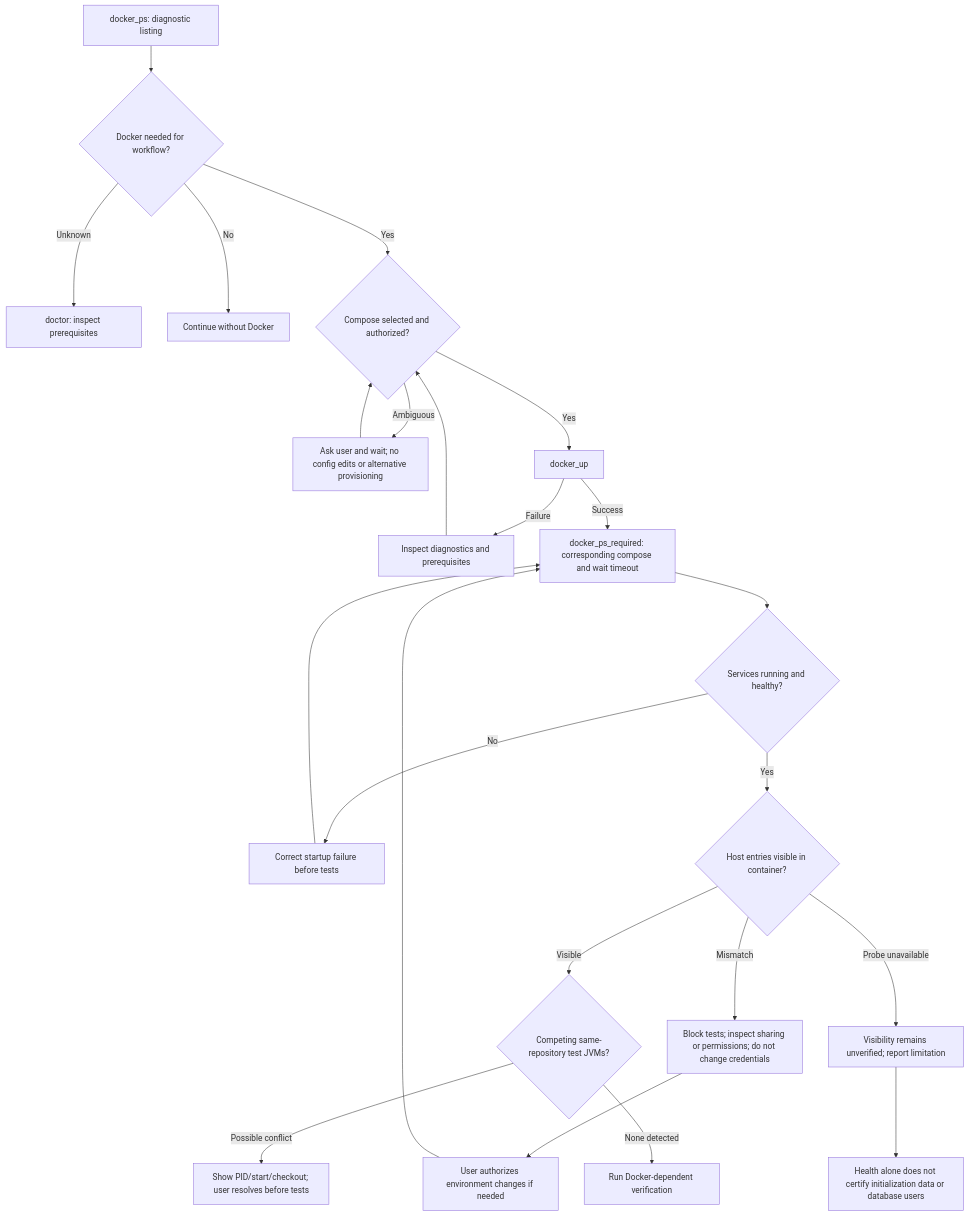
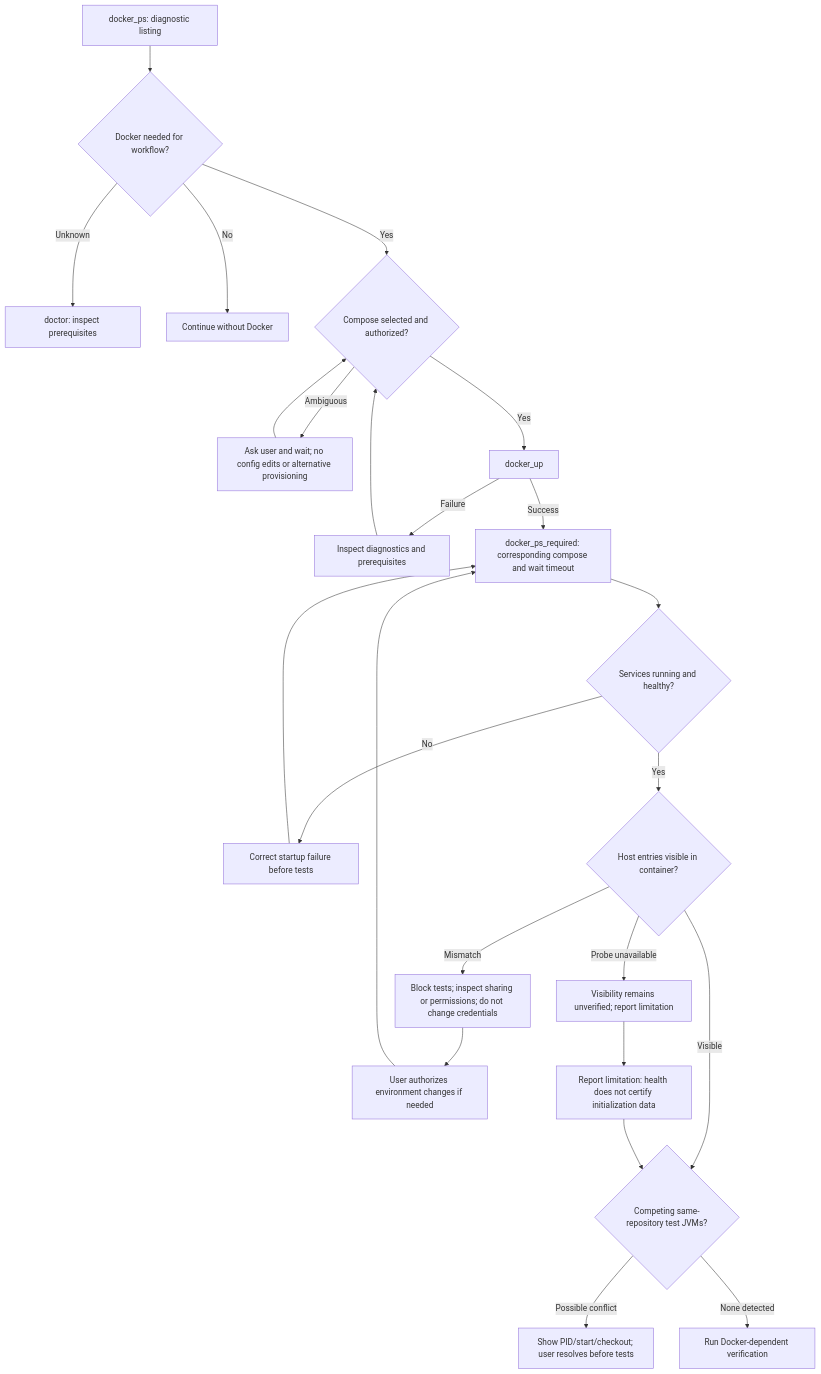
One commit to antonillos/makevn changed the second of 4 diagrams in docs/workflow-guidance.md. Above: the diagram before and after it, drawn with Mermaid. The commit also changed 27 other files, not shown here.

````diff
--- a/docs/workflow-guidance.md
+++ b/docs/workflow-guidance.md
@@ -33,25 +33,26 @@
 ```mermaid
 flowchart TD
     PS[docker_ps: diagnostic listing] --> NEED{Docker needed for workflow?}
     NEED -->|Unknown| DOC[doctor: inspect prerequisites]
     NEED -->|No| CONT[Continue without Docker]
     NEED -->|Yes| COMPOSE{Compose selected and authorized?}
     COMPOSE -->|Ambiguous| ASK[Ask user and wait; no config edits or alternative provisioning]
     ASK --> COMPOSE
     COMPOSE -->|Yes| UP[docker_up]
     UP -->|Failure| DIAG[Inspect diagnostics and prerequisites]
     DIAG --> COMPOSE
     UP -->|Success| REQUIRED[docker_ps_required: corresponding compose and wait timeout]
     REQUIRED --> HEALTH{Services running and healthy?}
     HEALTH -->|No| FIX[Correct startup failure before tests]
     FIX --> REQUIRED
     HEALTH -->|Yes| MOUNTS{Host entries visible in container?}
     MOUNTS -->|Mismatch| BLOCK[Block tests; inspect sharing or permissions; do not change credentials]
     BLOCK --> APPROVAL[User authorizes environment changes if needed]
     APPROVAL --> REQUIRED
     MOUNTS -->|Visible| JVMS{Competing same-repository test JVMs?}
     JVMS -->|Possible conflict| PAUSE[Show PID/start/checkout; user resolves before tests]
     JVMS -->|None detected| TESTS[Run Docker-dependent verification]
     MOUNTS -->|Probe unavailable| UNKNOWN[Visibility remains unverified; report limitation]
-    UNKNOWN --> LIMIT[Health alone does not certify initialization data or database users]
+    UNKNOWN --> LIMIT[Report limitation: health does not certify initialization data]
+    LIMIT --> JVMS
 ```
````
